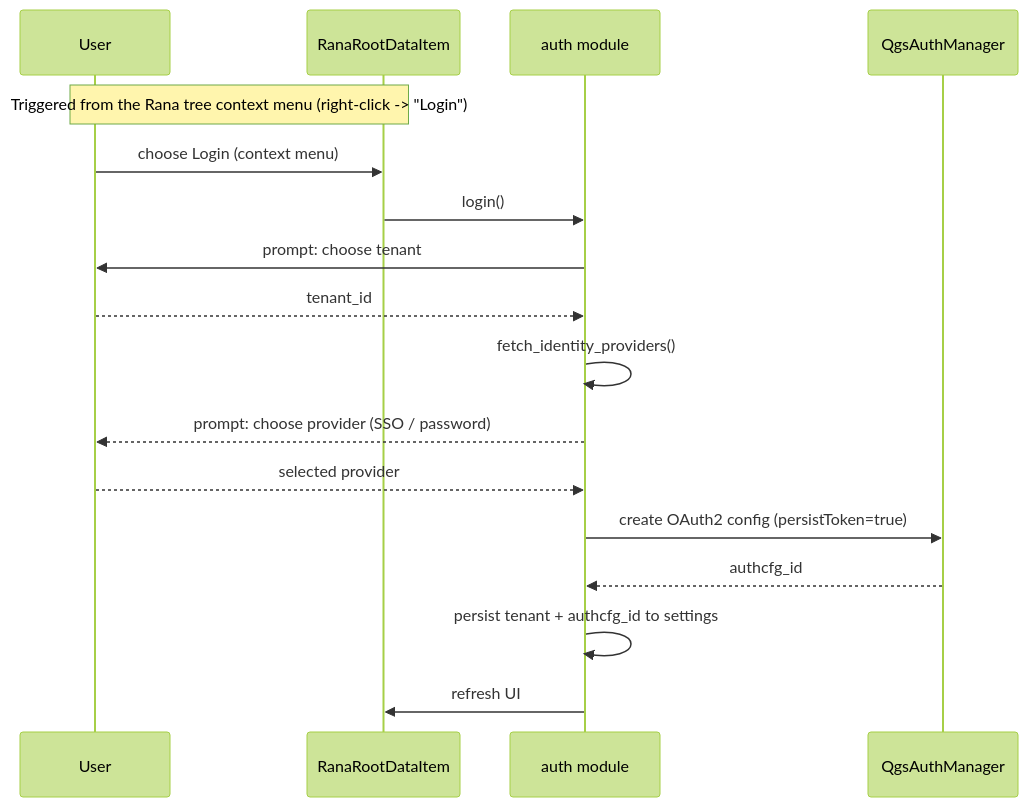
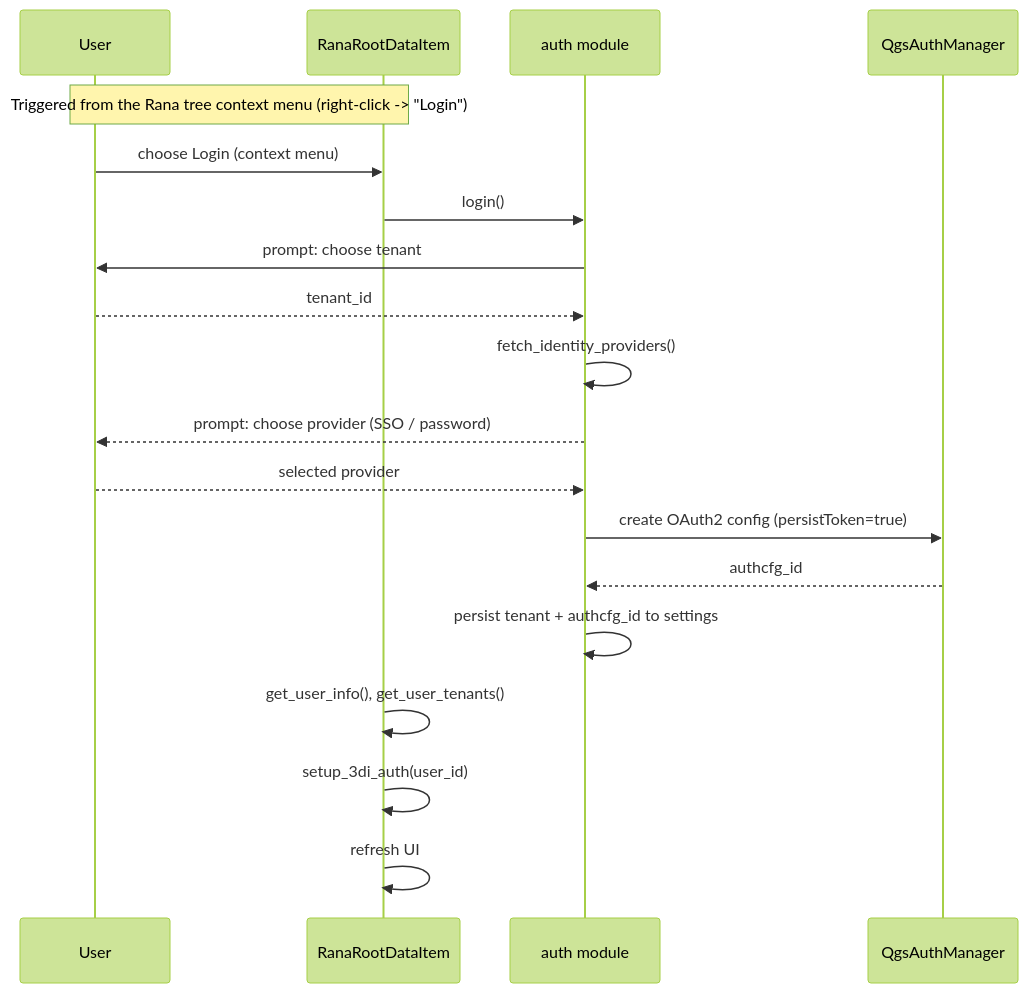
Before and after one commit to nens/rana-qgis-plugin: the first of 4 diagrams in doc/auth-flow.md, drawn with Mermaid (forest theme). The commit also changed other lines of this file and 1 other file, not shown here.

````diff
--- a/doc/auth-flow.md
+++ b/doc/auth-flow.md
@@ -13,20 +13,22 @@
 ```mermaid
 sequenceDiagram
     participant User
     participant Browser as RanaRootDataItem
     participant Auth as auth module
     participant AuthMgr as QgsAuthManager
 
     Note over User,Browser: Triggered from the Rana tree context menu (right-click -> "Login")
     User->>Browser: choose Login (context menu)
     Browser->>Auth: login()
     Auth->>User: prompt: choose tenant
     User-->>Auth: tenant_id
     Auth->>Auth: fetch_identity_providers()
     Auth-->>User: prompt: choose provider (SSO / password)
     User-->>Auth: selected provider
     Auth->>AuthMgr: create OAuth2 config (persistToken=true)
     AuthMgr-->>Auth: authcfg_id
     Auth->>Auth: persist tenant + authcfg_id to settings
-    Auth->>Browser: refresh UI
+    Browser->>Browser: get_user_info(), get_user_tenants()
+    Browser->>Browser: setup_3di_auth(user_id)
+    Browser->>Browser: refresh UI
 ```
````
